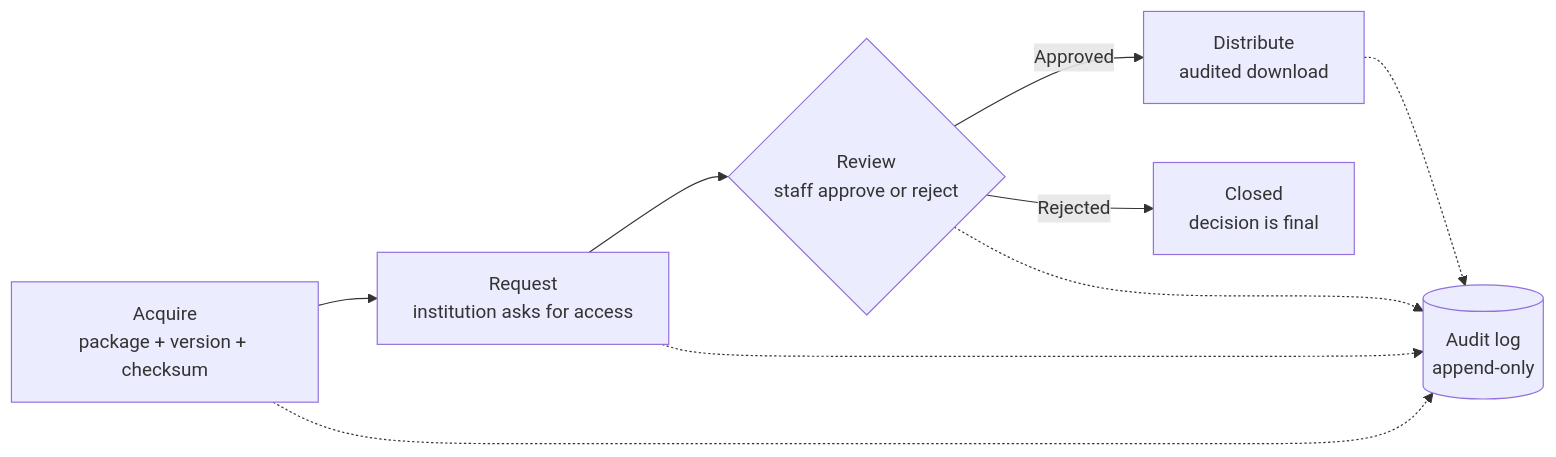
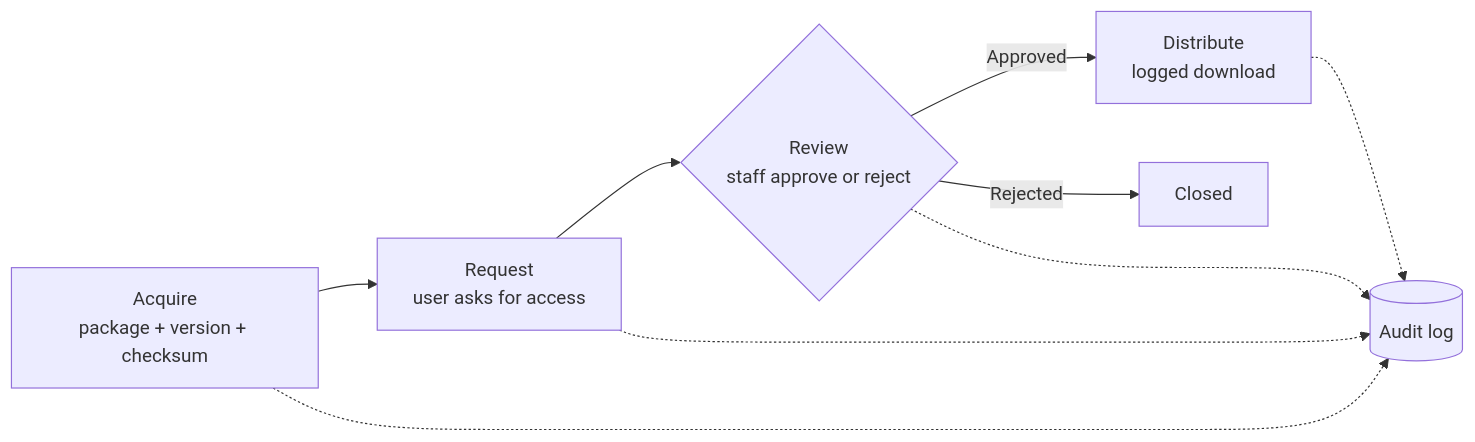
Before and after one commit to cecrandell/audited-code-library: the diagram in README.md, drawn with Mermaid. The commit also changed other lines of this file, not shown here.

````diff
--- a/README.md
+++ b/README.md
@@ -19,11 +9,11 @@
 ```mermaid
 flowchart LR
-    A["Acquire<br/>package + version + checksum"] --> B["Request<br/>institution asks for access"]
+    A["Acquire<br/>package + version + checksum"] --> B["Request<br/>user asks for access"]
     B --> C{"Review<br/>staff approve or reject"}
-    C -->|Approved| D["Distribute<br/>audited download"]
-    C -->|Rejected| E["Closed<br/>decision is final"]
-    A -.-> L[("Audit log<br/>append-only")]
+    C -->|Approved| D["Distribute<br/>logged download"]
+    C -->|Rejected| E["Closed"]
+    A -.-> L[("Audit log")]
     B -.-> L
     C -.-> L
     D -.-> L
 ```
````
